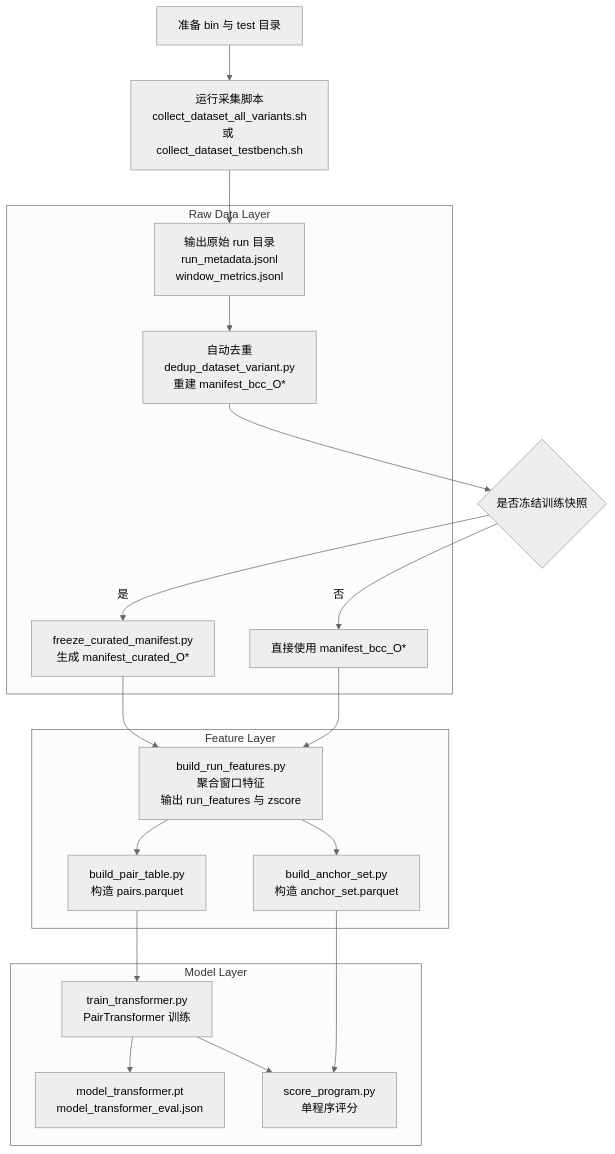
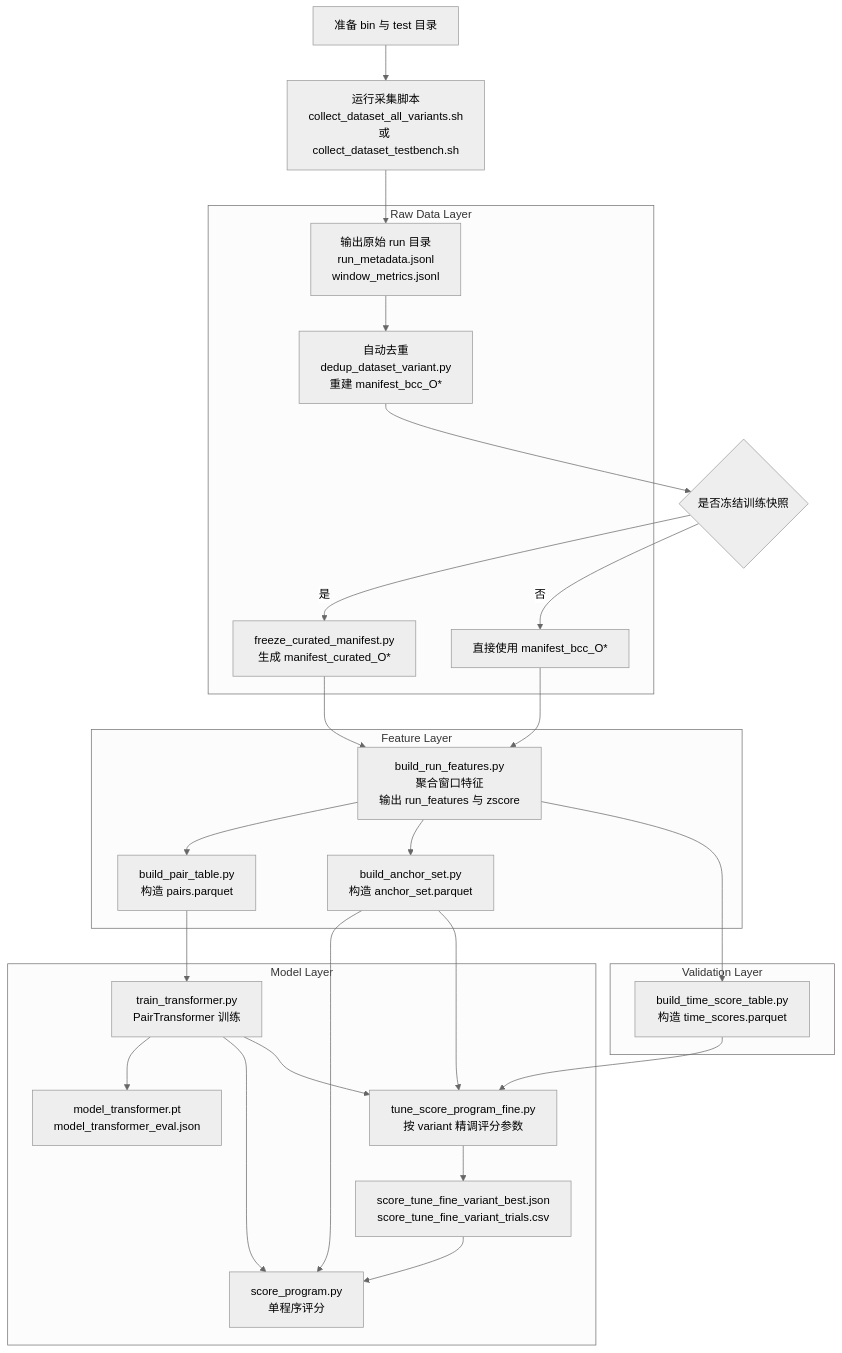
Before and after one commit to SiyuanSun0736/mem-profiler: the diagram in docs/new-repo-plan/assets/collection-to-transformer-workflow.mmd, drawn with Mermaid (neutral theme). The commit also changed 10 other files, not shown here.

Commit message:
Update scores.parquet with new data

```diff
--- a/docs/new-repo-plan/assets/collection-to-transformer-workflow.mmd
+++ b/docs/new-repo-plan/assets/collection-to-transformer-workflow.mmd
@@ -1,34 +1,46 @@
 flowchart TD
     A[准备 bin 与 test 目录] --> B[运行采集脚本<br/>collect_dataset_all_variants.sh<br/>或 collect_dataset_testbench.sh]
     B --> C[输出原始 run 目录<br/>run_metadata.jsonl<br/>window_metrics.jsonl]
     C --> D[自动去重<br/>dedup_dataset_variant.py<br/>重建 manifest_bcc_O*]
     D --> E{是否冻结训练快照}
     E -- 是 --> F[freeze_curated_manifest.py<br/>生成 manifest_curated_O*]
     E -- 否 --> G[直接使用 manifest_bcc_O*]
     F --> H[build_run_features.py<br/>聚合窗口特征<br/>输出 run_features 与 zscore]
     G --> H
     H --> I[build_pair_table.py<br/>构造 pairs.parquet]
     H --> J[build_anchor_set.py<br/>构造 anchor_set.parquet]
+    H --> T[build_time_score_table.py<br/>构造 time_scores.parquet]
     I --> K[train_transformer.py<br/>PairTransformer 训练]
     K --> L[model_transformer.pt<br/>model_transformer_eval.json]
     J --> M[score_program.py<br/>单程序评分]
     K --> M
+    T --> N[tune_score_program_fine.py<br/>按 variant 精调评分参数]
+    J --> N
+    K --> N
+    N --> O[score_tune_fine_variant_best.json<br/>score_tune_fine_variant_trials.csv]
+    O --> M
 
     subgraph Raw Data Layer
         C
         D
         F
         G
     end
 
     subgraph Feature Layer
         H
         I
         J
     end
 
     subgraph Model Layer
         K
         L
         M
+        N
+        O
     end
+
+    subgraph Validation Layer
+        T
+    end
```
